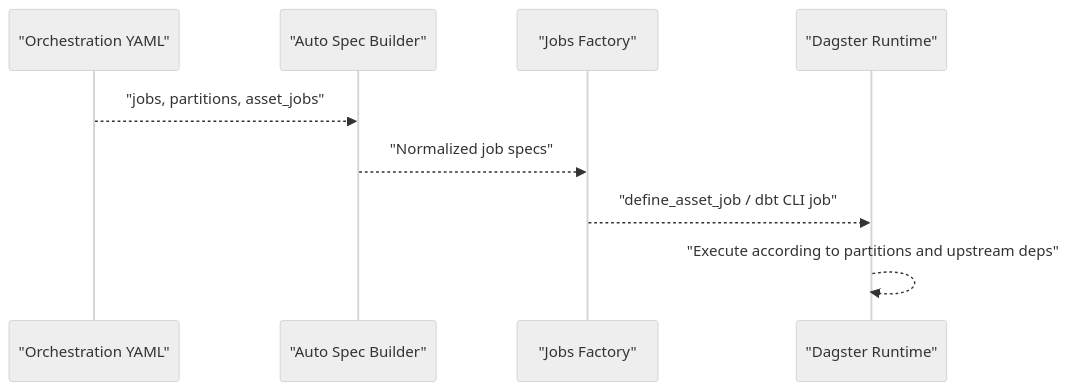
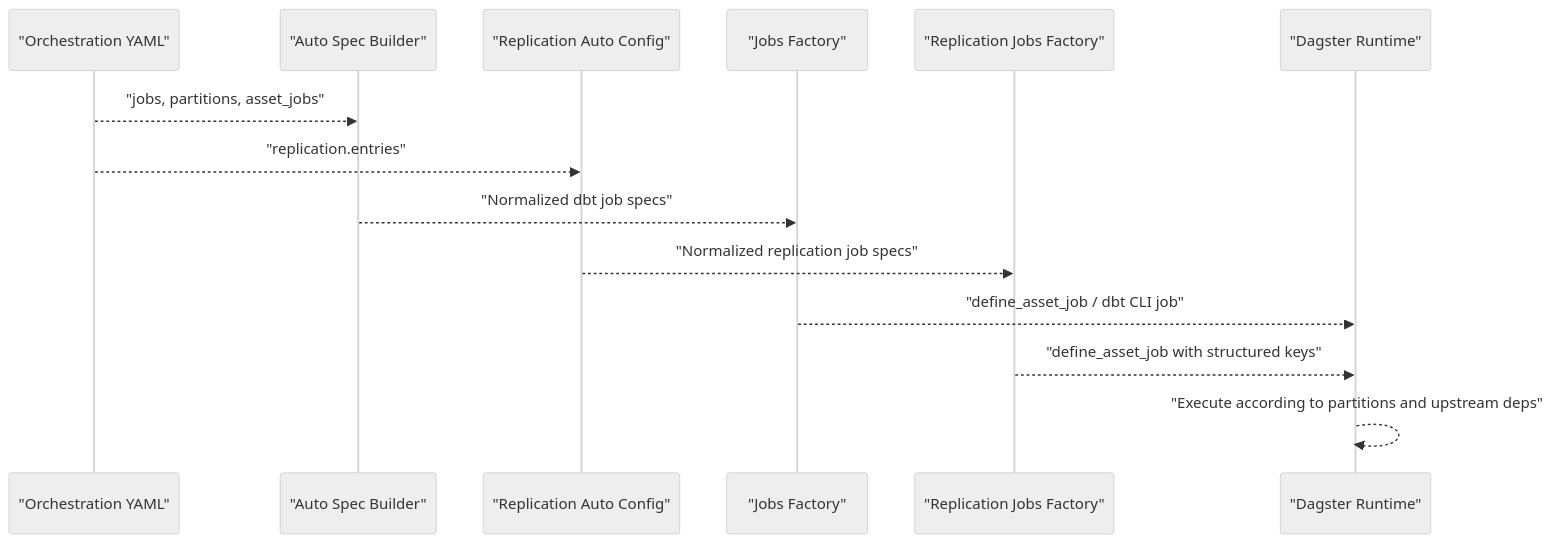
Before and after one commit to metasync/dbt-dagsterizer: the sixth of 7 diagrams in .qoder/repowiki/en/content/Job Orchestration/Job Orchestration.md, drawn with Mermaid (neutral theme). The commit also changed other lines of this file and 2 other files, not shown here.

````diff
--- a/.qoder/repowiki/en/content/Job Orchestration/Job Orchestration.md
+++ b/.qoder/repowiki/en/content/Job Orchestration/Job Orchestration.md
@@ -369,11 +481,16 @@
 ```mermaid
 sequenceDiagram
 participant Orch as "Orchestration YAML"
 participant Auto as "Auto Spec Builder"
+participant RepAuto as "Replication Auto Config"
 participant Jobs as "Jobs Factory"
+participant RepJobs as "Replication Jobs Factory"
 participant Dagster as "Dagster Runtime"
 Orch-->>Auto : "jobs, partitions, asset_jobs"
-Auto-->>Jobs : "Normalized job specs"
+Orch-->>RepAuto : "replication.entries"
+Auto-->>Jobs : "Normalized dbt job specs"
+RepAuto-->>RepJobs : "Normalized replication job specs"
 Jobs-->>Dagster : "define_asset_job / dbt CLI job"
+RepJobs-->>Dagster : "define_asset_job with structured keys"
 Dagster-->>Dagster : "Execute according to partitions and upstream deps"
 ```
````
